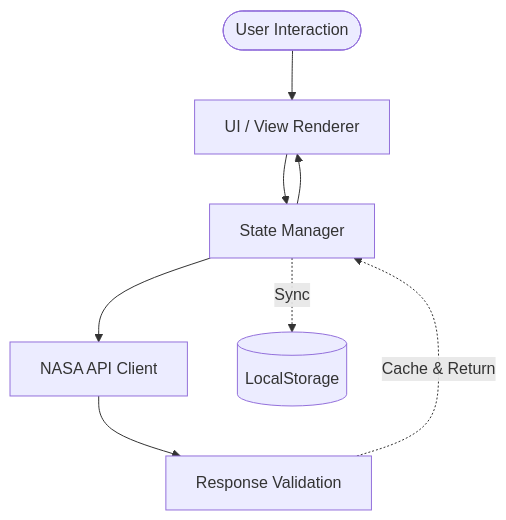
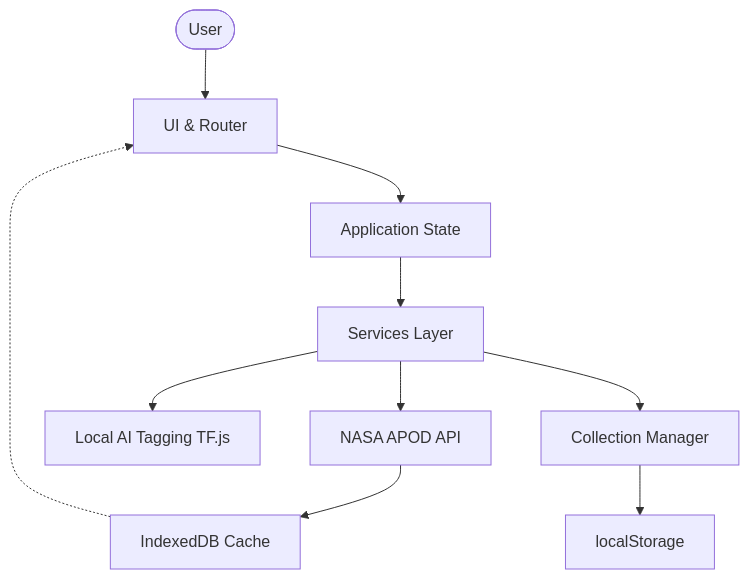
The diagram in README.md (gauravkhatriweb/cosmic-apod), drawn with Mermaid before and after one commit. The commit also changed other lines of this file and 8 other files, not shown here.

````diff
--- a/README.md
+++ b/README.md
@@ -84,10 +77,15 @@
 ```mermaid
-flowchart TD
-    User([User Interaction]) --> View[UI / View Renderer]
-    View --> Store[State Manager]
-    Store --> API[NASA API Client]
-    API --> Validate[Response Validation]
-    Validate -. Cache & Return .-> Store
-    Store --> View
-    Store -. Sync .-> Storage[(LocalStorage)]
+graph TD
+    User([User]) --> UI[UI & Router]
+    UI --> State[Application State]
+    State --> Services[Services Layer]
+    
+    Services --> NASA[NASA APOD API]
+    Services --> AI[Local AI Tagging TF.js]
+    Services --> Collections[Collection Manager]
+    
+    NASA --> Cache[IndexedDB Cache]
+    Collections --> LocalStorage[localStorage]
+    
+    Cache -.-> UI
 ```
````
